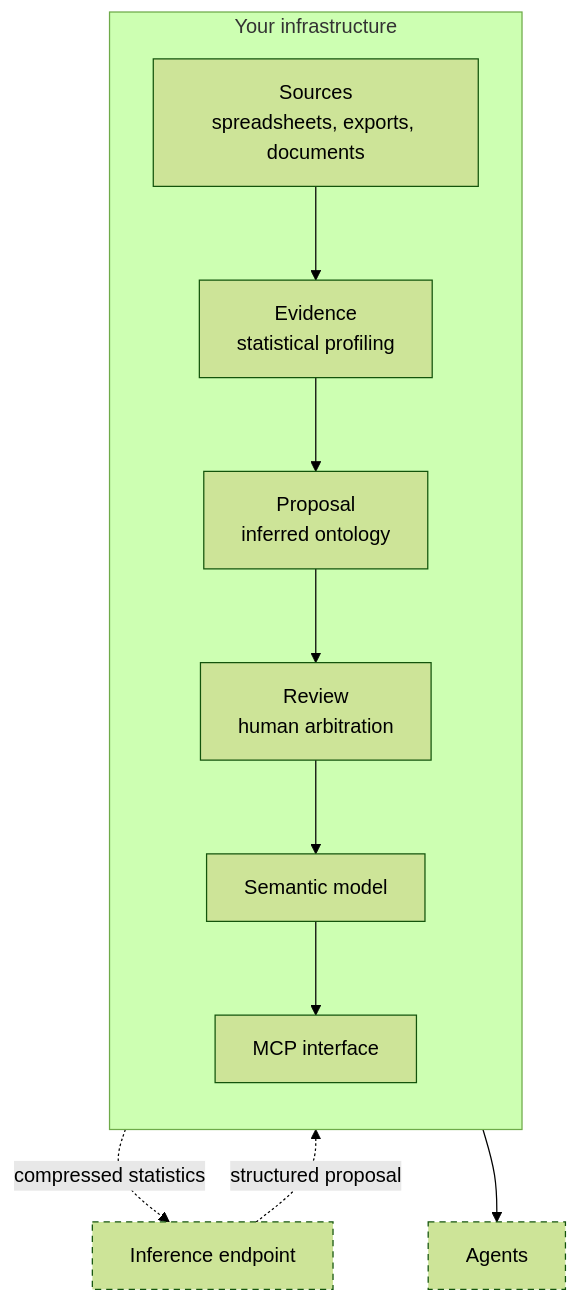
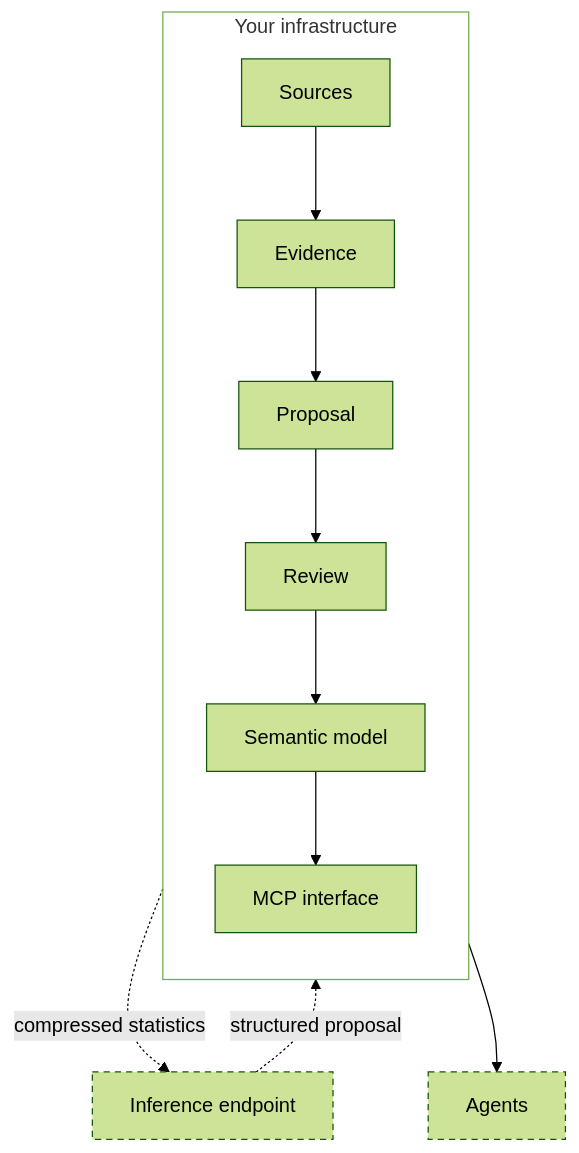
One commit to trybacked/anchor changed the diagram in README.md. Above: the diagram before and after it, drawn with Mermaid (forest theme). The commit also changed other lines of this file, not shown here.

````diff
--- a/README.md
+++ b/README.md
@@ -37,24 +47,25 @@
 ```mermaid
 flowchart TB
     subgraph boundary["Your infrastructure"]
         direction TB
-        sources["Sources<br/>spreadsheets, exports, documents"]
-        evidence["Evidence<br/>statistical profiling"]
-        proposal["Proposal<br/>inferred ontology"]
-        review["Review<br/>human arbitration"]
+        sources["Sources"]
+        evidence["Evidence"]
+        proposal["Proposal"]
+        review["Review"]
         model["Semantic model"]
         mcp["MCP interface"]
 
         sources --> evidence --> proposal --> review --> model --> mcp
     end
 
     inference["Inference endpoint"]
     agents["Agents"]
 
     proposal -.->|compressed statistics| inference
     inference -.->|structured proposal| proposal
     mcp --> agents
 
     classDef external stroke-dasharray: 5 4
     class inference,agents external
+    style boundary fill:none
 ```
````
